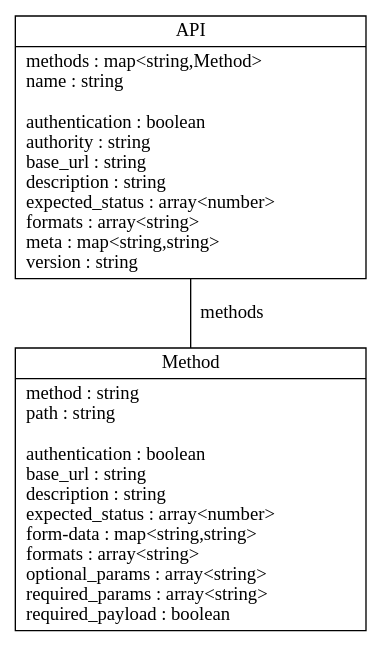
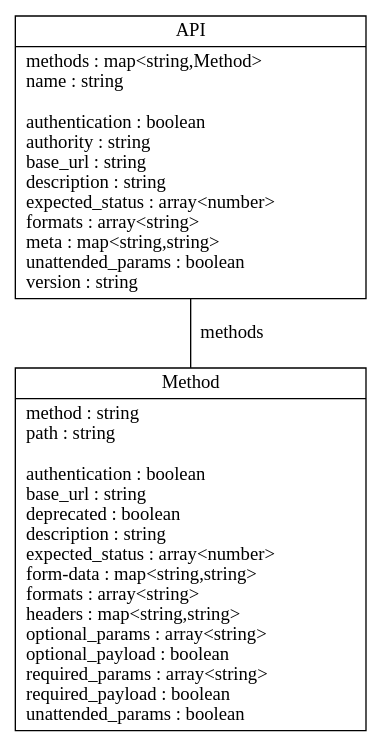
One commit to SPORE/specifications changed the diagram in uml/api.dot. Above: the diagram before and after it, drawn with Graphviz. The commit also changed 1 other file, not shown here.

Commit message:
update UML representation

```diff
--- a/uml/api.dot
+++ b/uml/api.dot
@@ -1,14 +1,14 @@
 digraph {
 
     node [shape=record];
 
     "API"
-        [label="{\N|methods : map&lt;string,Method&gt;\lname : string\l\lauthentication : boolean\lauthority : string\lbase_url : string\ldescription : string\lexpected_status : array&lt;number&gt;\lformats : array&lt;string&gt;\lmeta : map&lt;string,string&gt;\lversion : string\l}"];
+        [label="{\N|methods : map&lt;string,Method&gt;\lname : string\l\lauthentication : boolean\lauthority : string\lbase_url : string\ldescription : string\lexpected_status : array&lt;number&gt;\lformats : array&lt;string&gt;\lmeta : map&lt;string,string&gt;\lunattended_params : boolean\lversion : string\l}"];
 
     "API" -> "Method"
         [label = "methods", arrowhead = none, arrowtail = odiamond];
 
     "Method"
-        [label="{\N|method : string\lpath : string\l\lauthentication : boolean\lbase_url : string\ldescription : string\lexpected_status : array&lt;number&gt;\lform-data : map&lt;string,string&gt;\lformats : array&lt;string&gt;\loptional_params : array&lt;string&gt;\lrequired_params : array&lt;string&gt;\lrequired_payload : boolean\l}"];
+        [label="{\N|method : string\lpath : string\l\lauthentication : boolean\lbase_url : string\ldeprecated : boolean\ldescription : string\lexpected_status : array&lt;number&gt;\lform-data : map&lt;string,string&gt;\lformats : array&lt;string&gt;\lheaders : map&lt;string,string&gt;\loptional_params : array&lt;string&gt;\loptional_payload : boolean\lrequired_params : array&lt;string&gt;\lrequired_payload : boolean\lunattended_params : boolean\l}"];
 
 }
```
